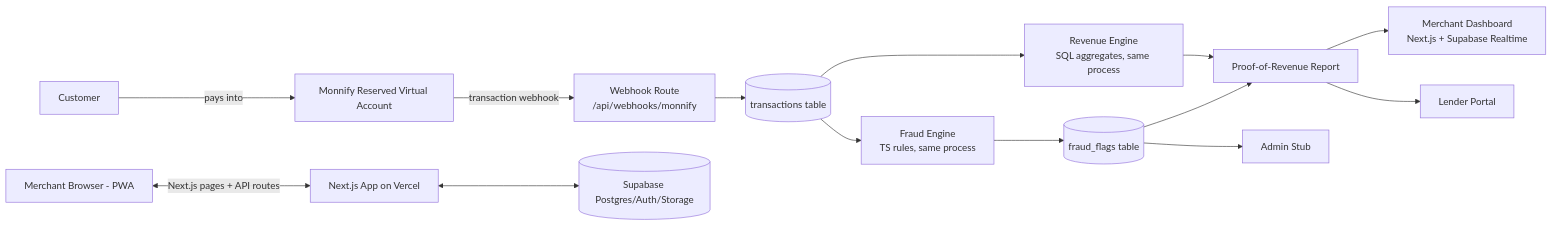
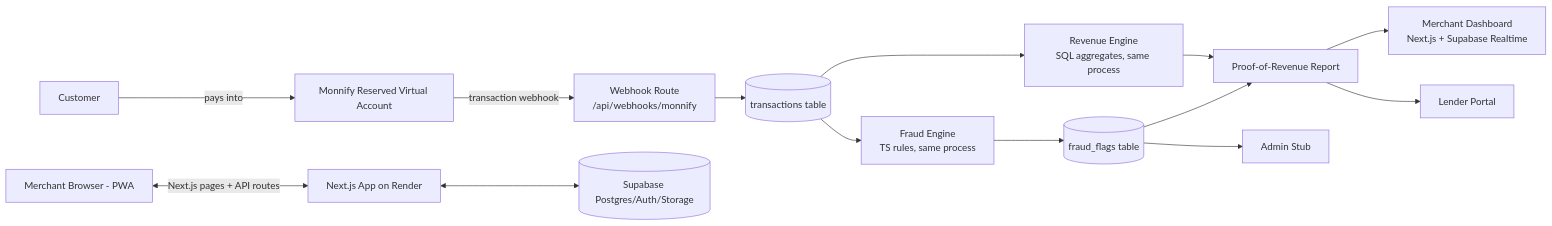
The diagram in architecture.md (NwaforChukwuebuka/proofr), drawn with Mermaid before and after one commit. The commit also changed other lines of this file and 1 other file, not shown here.

First line of the commit message:
Switch deploy target from Vercel to Render in docs

````diff
--- a/architecture.md
+++ b/architecture.md
@@ -7,16 +7,16 @@
 ```mermaid
 flowchart LR
     Customer -->|pays into| VA[Monnify Reserved Virtual Account]
     VA -->|transaction webhook| WH[Webhook Route\n/api/webhooks/monnify]
     WH --> TX[(transactions table)]
     TX --> FE[Fraud Engine\nTS rules, same process]
     TX --> RE[Revenue Engine\nSQL aggregates, same process]
     FE --> FF[(fraud_flags table)]
     RE --> RPT[Proof-of-Revenue Report]
     FF --> RPT
     RPT --> DASH[Merchant Dashboard\nNext.js + Supabase Realtime]
     RPT --> LENDER[Lender Portal]
     FF --> ADMIN[Admin Stub]
-    MERCH[Merchant Browser - PWA] <-->|Next.js pages + API routes| APP[Next.js App on Vercel]
+    MERCH[Merchant Browser - PWA] <-->|Next.js pages + API routes| APP[Next.js App on Render]
     APP <--> DB[(Supabase Postgres/Auth/Storage)]
 ```
````
